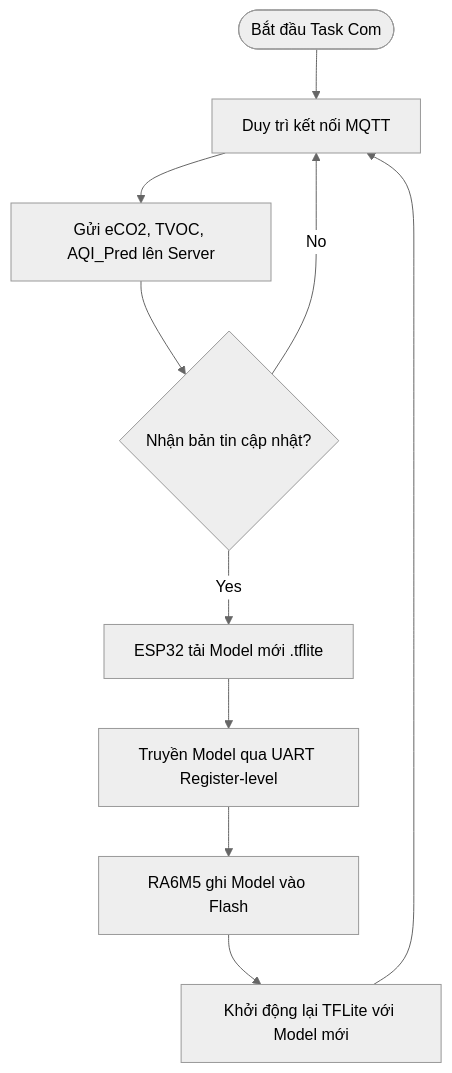
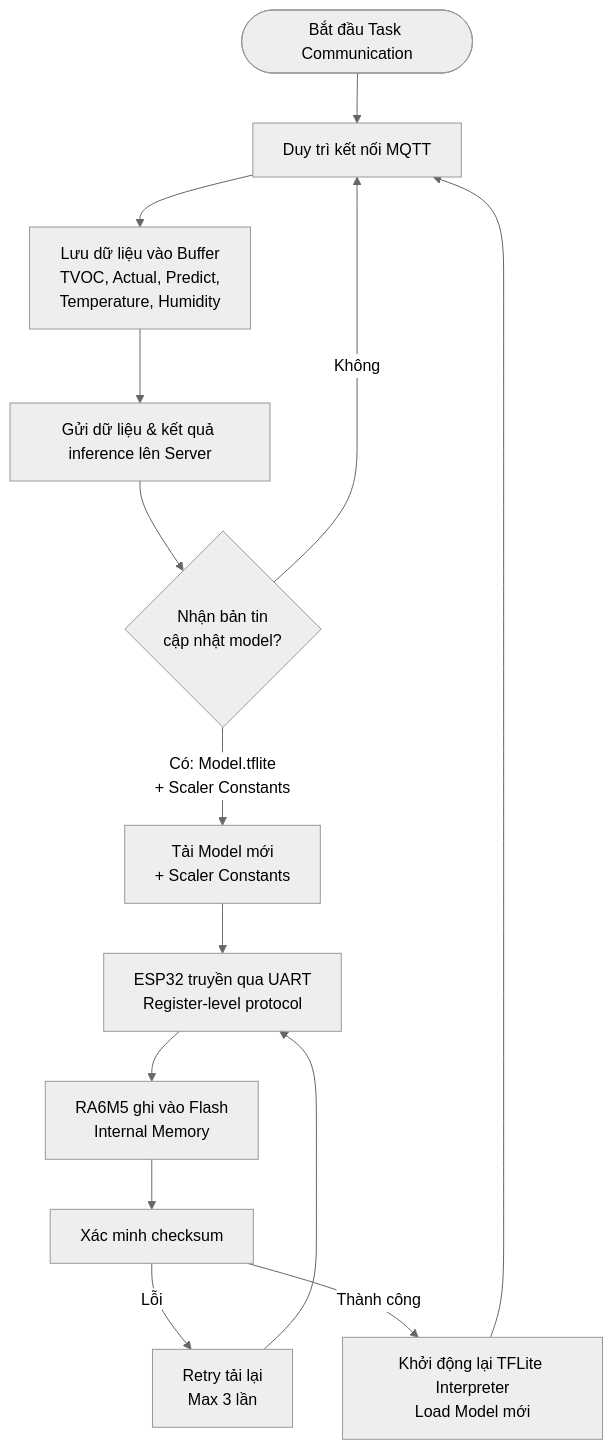
One commit to LarryVan-engin/Embedded-Project changed the fifth of 5 diagrams in README.md. Above: the diagram before and after it, drawn with Mermaid (neutral theme). The commit also changed other lines of this file and 2 other files, not shown here.

````diff
--- a/README.md
+++ b/README.md
@@ -468,12 +475,16 @@
 ```mermaid
 flowchart TD
-    Start3([Bắt đầu Task Com]) --> MQTT[Duy trì kết nối MQTT]
-    MQTT --> Send[Gửi eCO2, TVOC, AQI_Pred lên Server]
-    Send --> Msg{Nhận bản tin cập nhật?}
-    Msg -- No --> MQTT
-    Msg -- Yes --> Download[ESP32 tải Model mới .tflite]
-    Download --> Trans[Truyền Model qua UART Register-level]
-    Trans --> Write[RA6M5 ghi Model vào Flash]
-    Write --> Reload[Khởi động lại TFLite với Model mới]
+    Start3([Bắt đầu Task Communication]) --> MQTT[Duy trì kết nối MQTT]
+    MQTT --> Buffer["Lưu dữ liệu vào Buffer<br/>TVOC, Actual, Predict,<br/>Temperature, Humidity"]
+    Buffer --> Send[Gửi dữ liệu & kết quả inference lên Server]
+    Send --> Msg{Nhận bản tin<br/>cập nhật model?}
+    Msg -- Không --> MQTT
+    Msg -- Có: Model.tflite<br/>+ Scaler Constants --> Download["Tải Model mới<br/>+ Scaler Constants"]
+    Download --> Trans["ESP32 truyền qua UART<br/>Register-level protocol"]
+    Trans --> Write["RA6M5 ghi vào Flash<br/>Internal Memory"]
+    Write --> Verify[Xác minh checksum]
+    Verify -- Lỗi --> Retry["Retry tải lại<br/>Max 3 lần"]
+    Retry --> Trans
+    Verify -- Thành công --> Reload["Khởi động lại TFLite Interpreter<br/>Load Model mới"]
     Reload --> MQTT
 ```
````
